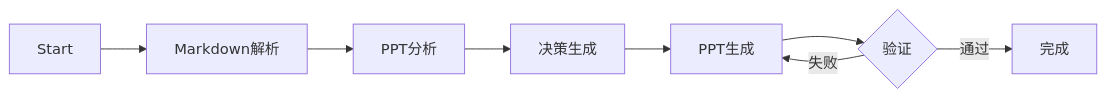
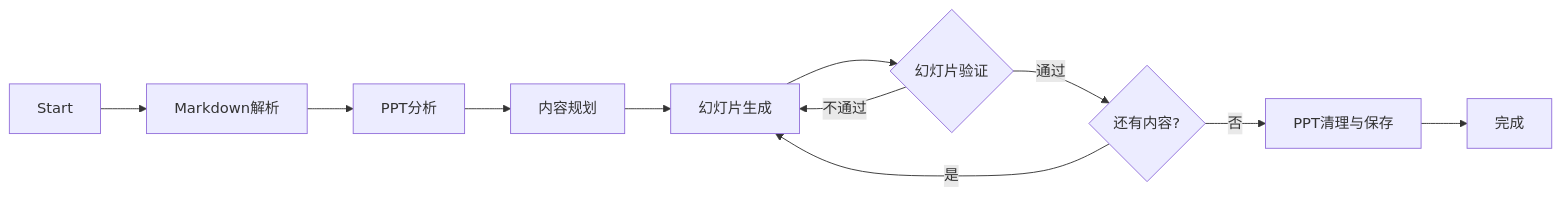
One commit to AlanHootman/ppt_assistant changed the second of 3 diagrams in docs/arch/架构设计.md. Above: the diagram before and after it, drawn with Mermaid. The commit also changed other lines of this file and 3 other files, not shown here.

````diff
--- a/docs/arch/架构设计.md
+++ b/docs/arch/架构设计.md
@@ -95,10 +232,13 @@
 ```mermaid
 graph LR
     S[Start] --> A[Markdown解析]
     A --> B[PPT分析]
-    B --> C[决策生成]
-    C --> D[PPT生成]
-    D --> E{验证}
-    E -->|通过| F[完成]
-    E -->|失败| D
+    B --> C[内容规划]
+    C --> D[幻灯片生成]
+    D --> E{幻灯片验证}
+    E -->|不通过| D
+    E -->|通过| F{还有内容?}
+    F -->|是| D
+    F -->|否| G[PPT清理与保存]
+    G --> H[完成]
 ```
````
